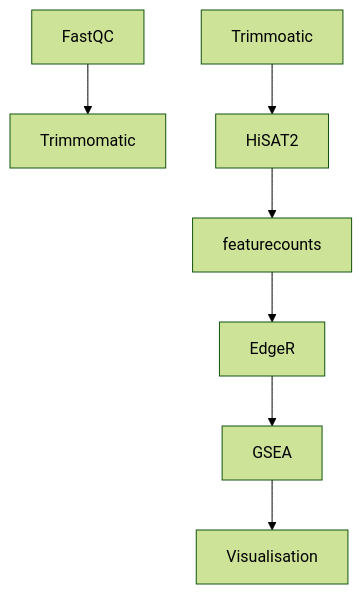
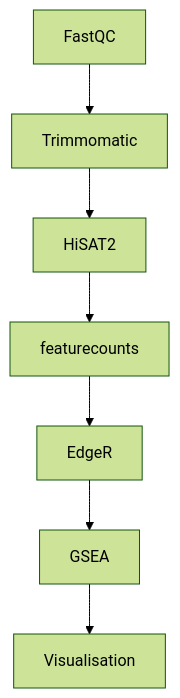
The diagram in README.md (serayyetkin/Elf3-MT), drawn with Mermaid (forest theme) before and after one commit. The commit also changed other lines of this file, not shown here.

````diff
--- a/README.md
+++ b/README.md
@@ -14,9 +14,9 @@
 ```mermaid
 graph TD;
     FastQC-->Trimmomatic;
-    Trimmoatic-->HiSAT2;
+    Trimmomatic-->HiSAT2;
     HiSAT2-->featurecounts;
     featurecounts-->EdgeR;
     EdgeR-->GSEA;
     GSEA-->Visualisation;
 ```
````
